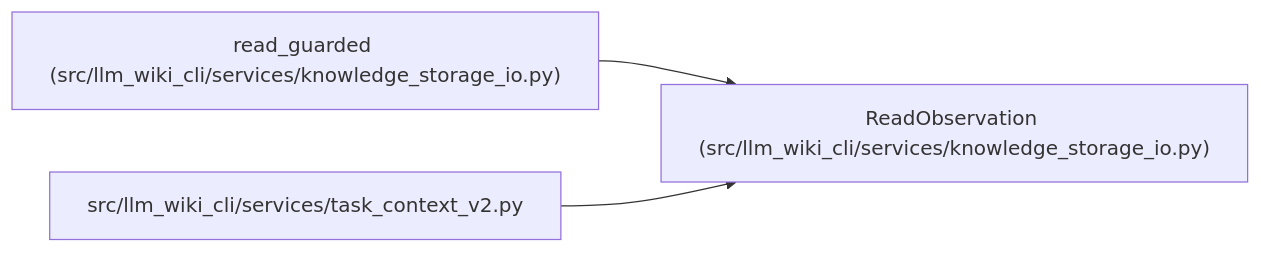
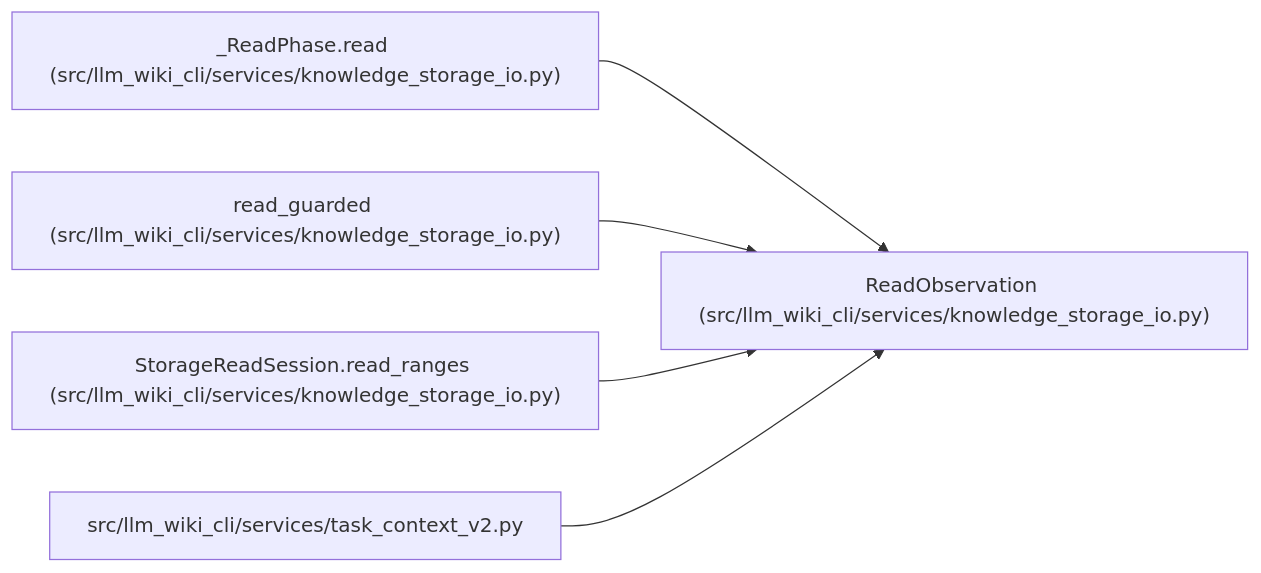
One commit to Denissvgn/python-wiki-llm changed the diagram in docs/llm_wiki/entities/ReadObservation.md. Above: the diagram before and after it, drawn with Mermaid. The commit also changed other lines of this file and 486 other files, not shown here.

First line of the commit message:
Improve knowledge storage performance and recoverable cleanup (#36)

````diff
--- a/docs/llm_wiki/entities/ReadObservation.md
+++ b/docs/llm_wiki/entities/ReadObservation.md
@@ -29,11 +29,17 @@
 ```mermaid
 flowchart LR
     n0["ReadObservation (src/llm_wiki_cli/services/knowledge_storage_io.py)"]
-    n1["read_guarded (src/llm_wiki_cli/services/knowledge_storage_io.py)"]
-    n2["src/llm_wiki_cli/services/task_context_v2.py"]
+    n1["_ReadPhase.read (src/llm_wiki_cli/services/knowledge_storage_io.py)"]
+    n2["read_guarded (src/llm_wiki_cli/services/knowledge_storage_io.py)"]
+    n3["StorageReadSession.read_ranges (src/llm_wiki_cli/services/knowledge_storage_io.py)"]
+    n4["src/llm_wiki_cli/services/task_context_v2.py"]
     n1 --> n0
     n2 --> n0
+    n3 --> n0
+    n4 --> n0
     click n0 "../modules/knowledge_storage_io.md"
     click n1 "../modules/knowledge_storage_io.md"
-    click n2 "../modules/task_context_v2.md"
+    click n2 "../modules/knowledge_storage_io.md"
+    click n3 "../modules/knowledge_storage_io.md"
+    click n4 "../modules/task_context_v2.md"
 ```
````
